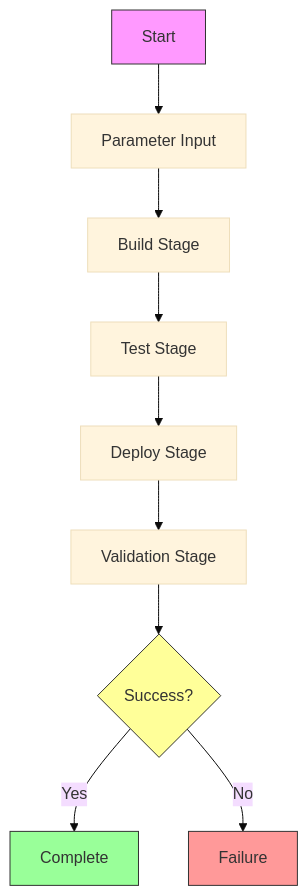
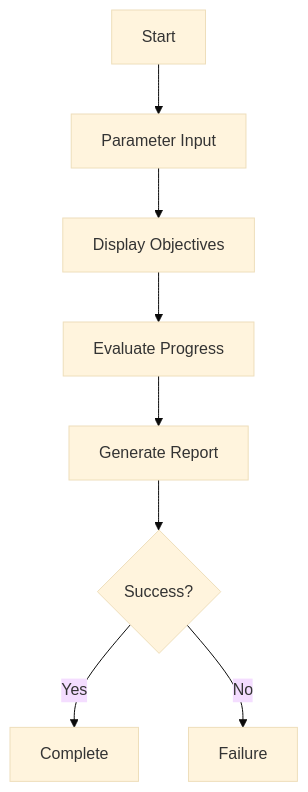
Before and after one commit to Pape45/wishes-app: the diagram in docs/images/pipeline-flow.md, drawn with Mermaid (base theme). The commit also changed 5 other files, not shown here.

`````diff
--- a/docs/images/pipeline-flow.md
+++ b/docs/images/pipeline-flow.md
@@ -6,16 +6,10 @@
 ```mermaid
 graph TD
     A[Start] --> B[Parameter Input]
-    B --> C[Build Stage]
-    C --> D[Test Stage]
-    D --> E[Deploy Stage]
-    E --> F[Validation Stage]
-    F --> G{Success?}
-    G -->|Yes| H[Complete]
-    G -->|No| I[Failure]
-    
-    style A fill:#f9f,stroke:#333
-    style G fill:#ff9,stroke:#333
-    style H fill:#9f9,stroke:#333
-    style I fill:#f99,stroke:#333
+    B --> C[Display Objectives]
+    C --> D[Evaluate Progress]
+    D --> E[Generate Report]
+    E --> F{Success?}
+    F -->|Yes| G[Complete]
+    F -->|No| H[Failure]
 ````
`````
